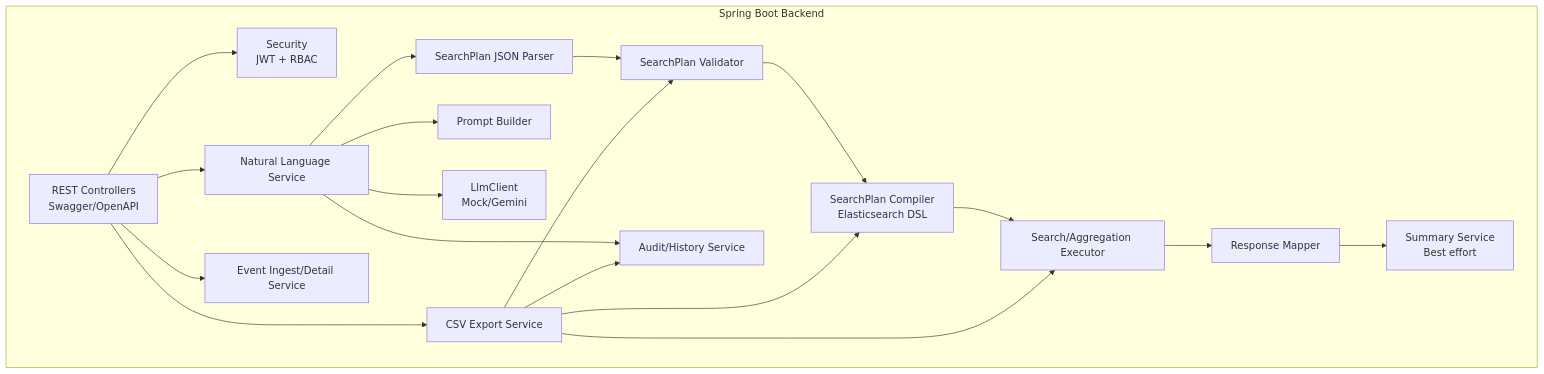
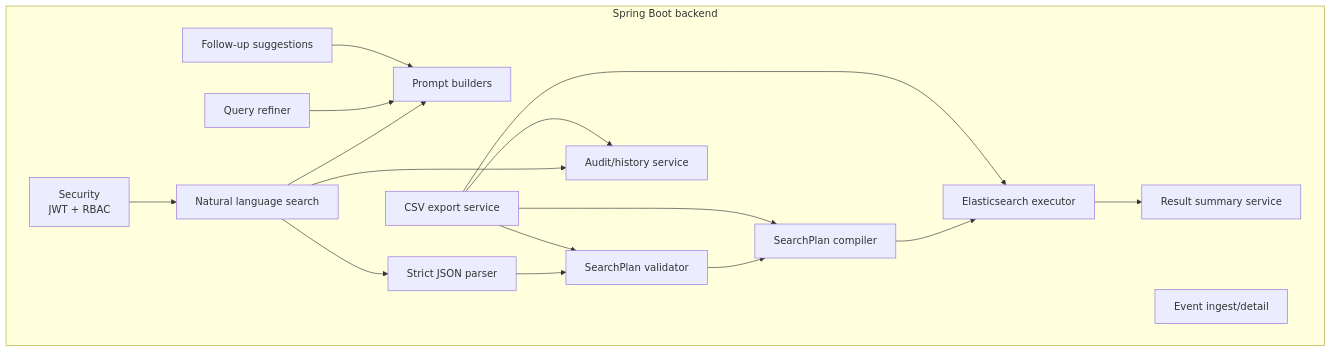
One commit to PhamVanMinhBinhThuan/soc-ai-search changed the second of 4 diagrams in docs/architecture.md. Above: the diagram before and after it, drawn with Mermaid. The commit also changed other lines of this file and 8 other files, not shown here.

````diff
--- a/docs/architecture.md
+++ b/docs/architecture.md
@@ -71,37 +46,33 @@
 ```mermaid
 flowchart TB
-    subgraph BE["Spring Boot Backend"]
-        Controllers["REST Controllers\nSwagger/OpenAPI"]
+    subgraph BE["Spring Boot backend"]
         Security["Security\nJWT + RBAC"]
-        NL["Natural Language Service"]
-        Prompt["Prompt Builder"]
-        Parser["SearchPlan JSON Parser"]
-        Validator["SearchPlan Validator"]
-        Compiler["SearchPlan Compiler\nElasticsearch DSL"]
-        Executor["Search/Aggregation Executor"]
-        Mapper["Response Mapper"]
-        Summary["Summary Service\nBest effort"]
-        Audit["Audit/History Service"]
-        Csv["CSV Export Service"]
-        Event["Event Ingest/Detail Service"]
-        LlmClient["LlmClient\nMock/Gemini"]
+        NL["Natural language search"]
+        Prompt["Prompt builders"]
+        Parser["Strict JSON parser"]
+        Validator["SearchPlan validator"]
+        Compiler["SearchPlan compiler"]
+        Executor["Elasticsearch executor"]
+        Summary["Result summary service"]
+        Refine["Query refiner"]
+        Suggestions["Follow-up suggestions"]
+        Audit["Audit/history service"]
+        CSV["CSV export service"]
+        Events["Event ingest/detail"]
     end
 
-    Controllers --> Security
-    Controllers --> NL
-    Controllers --> Csv
-    Controllers --> Event
+    Security --> NL
     NL --> Prompt
-    NL --> LlmClient
     NL --> Parser
     Parser --> Validator
     Validator --> Compiler
     Compiler --> Executor
-    Executor --> Mapper
-    Mapper --> Summary
+    Executor --> Summary
     NL --> Audit
-    Csv --> Audit
-    Csv --> Validator
-    Csv --> Compiler
-    Csv --> Executor
+    Refine --> Prompt
+    Suggestions --> Prompt
+    CSV --> Audit
+    CSV --> Validator
+    CSV --> Compiler
+    CSV --> Executor
 ```
````
